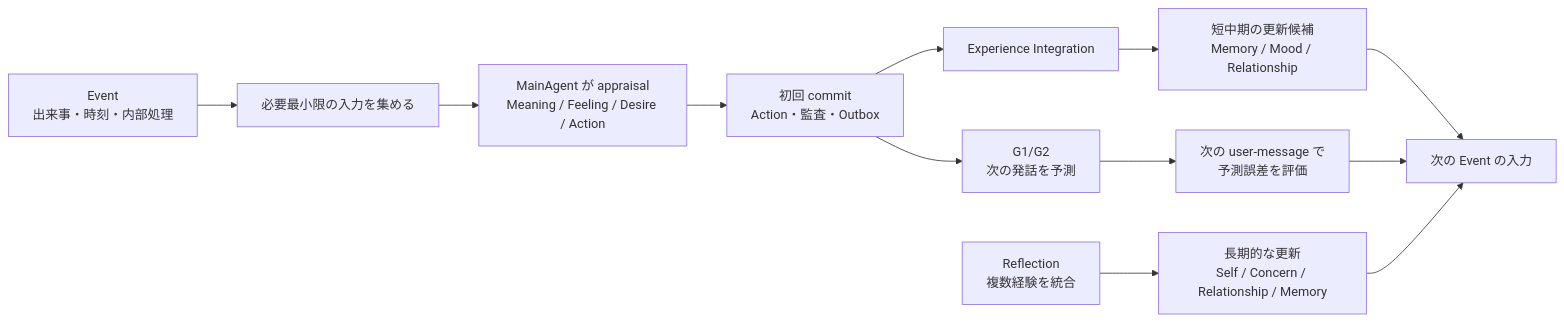
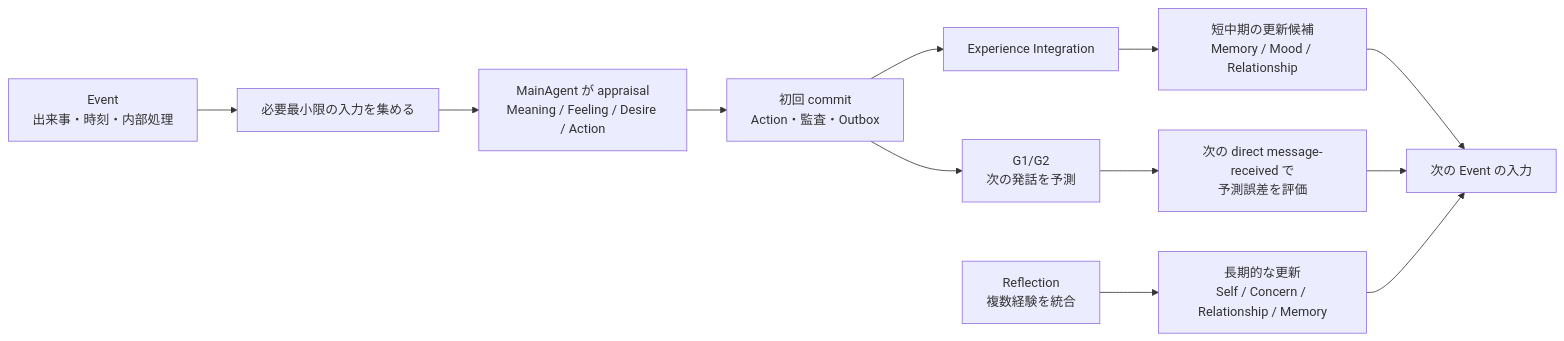
One commit to if001/social_agent changed the first of 6 diagrams in docs/AGENT_EVENT_AND_EXPERIENCE_OVERVIEW.md. Above: the diagram before and after it, drawn with Mermaid. The commit also changed other lines of this file and 7 other files, not shown here.

````diff
--- a/docs/AGENT_EVENT_AND_EXPERIENCE_OVERVIEW.md
+++ b/docs/AGENT_EVENT_AND_EXPERIENCE_OVERVIEW.md
@@ -9,14 +9,14 @@
 ```mermaid
 flowchart LR
     E[Event<br/>出来事・時刻・内部処理] --> I[必要最小限の入力を集める]
     I --> A[MainAgent が appraisal<br/>Meaning / Feeling / Desire / Action]
     A --> C[初回 commit<br/>Action・監査・Outbox]
     C --> X[Experience Integration]
     X --> S[短中期の更新候補<br/>Memory / Mood / Relationship]
     C --> P[G1/G2<br/>次の発話を予測]
-    P --> PE[次の user-message で<br/>予測誤差を評価]
+    P --> PE[次の direct message-received で<br/>予測誤差を評価]
     S --> N[次の Event の入力]
     PE --> N
     R[Reflection<br/>複数経験を統合] --> L[長期的な更新<br/>Self / Concern / Relationship / Memory]
     L --> N
 ```
````
